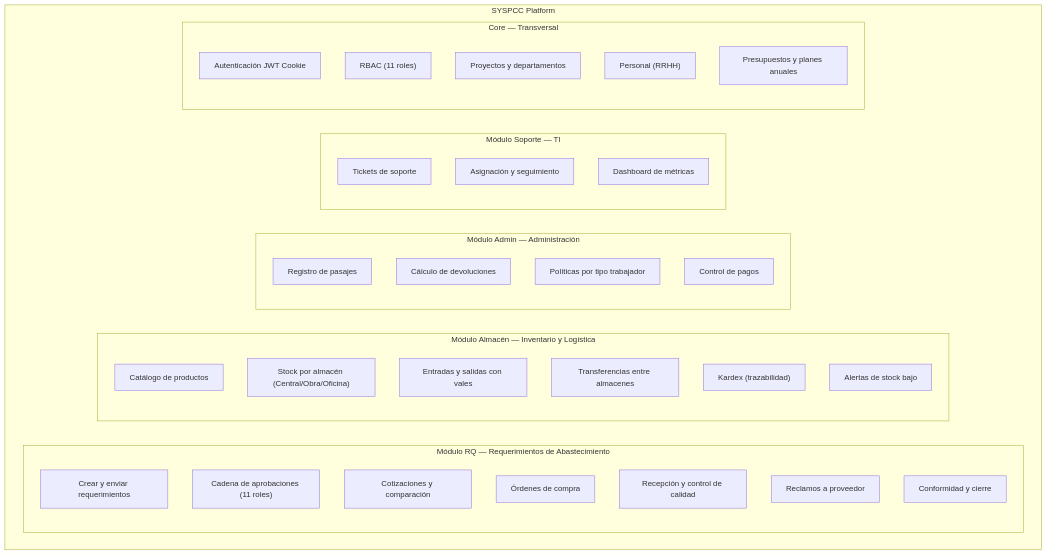
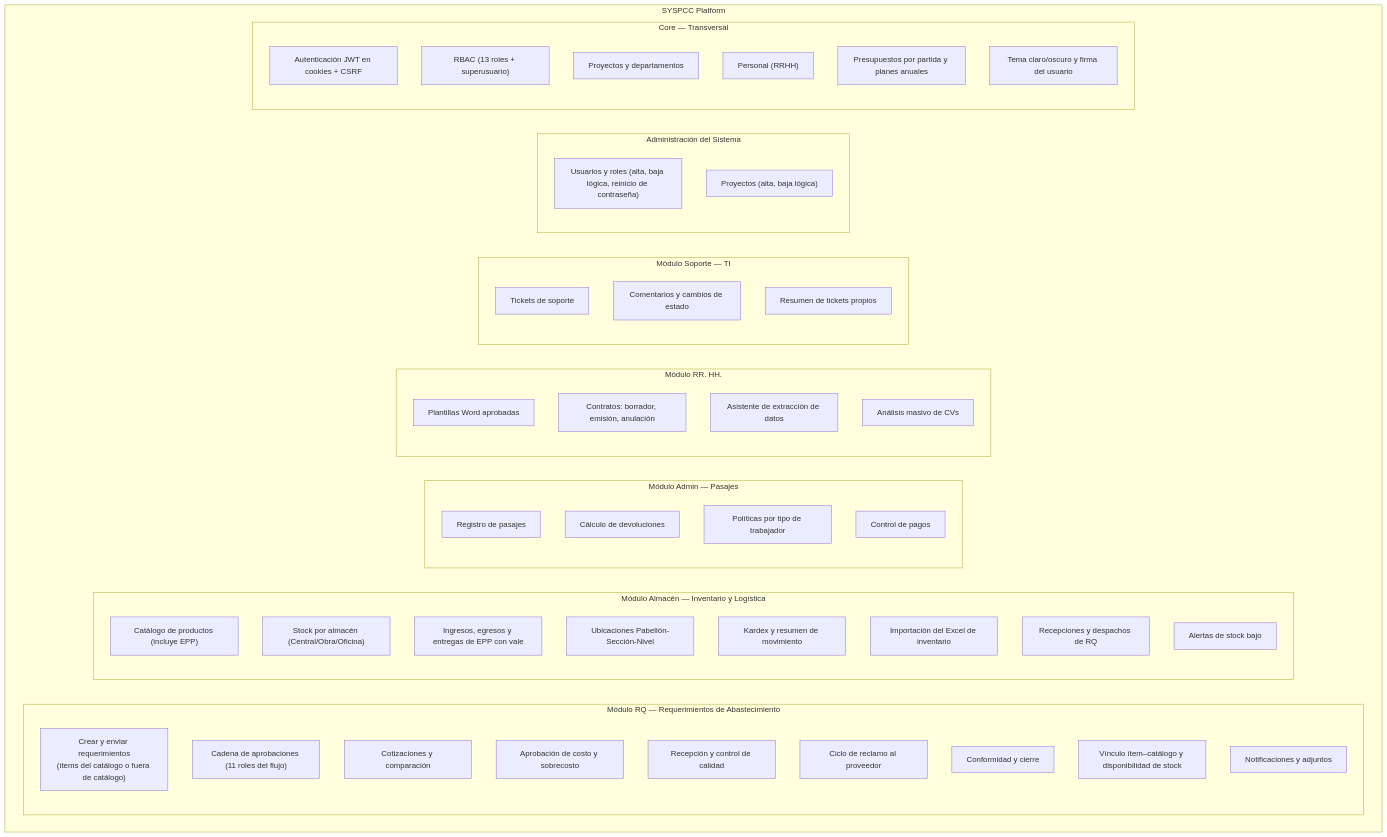
The third of 10 diagrams in docs/02_Arquitectura_Alto_Nivel.md (pccpegit/SYSPCCLOG), drawn with Mermaid before and after one commit. The commit also changed other lines of this file and 42 other files, not shown here.

````diff
--- a/docs/02_Arquitectura_Alto_Nivel.md
+++ b/docs/02_Arquitectura_Alto_Nivel.md
@@ -138,44 +159,61 @@
 ```mermaid
 graph TB
     subgraph "SYSPCC Platform"
         subgraph "Módulo RQ — Requerimientos de Abastecimiento"
-            RQ1["Crear y enviar requerimientos"]
-            RQ2["Cadena de aprobaciones (11 roles)"]
+            RQ1["Crear y enviar requerimientos<br/>(ítems del catálogo o fuera de catálogo)"]
+            RQ2["Cadena de aprobaciones (11 roles del flujo)"]
             RQ3["Cotizaciones y comparación"]
-            RQ4["Órdenes de compra"]
+            RQ4["Aprobación de costo y sobrecosto"]
             RQ5["Recepción y control de calidad"]
-            RQ6["Reclamos a proveedor"]
+            RQ6["Ciclo de reclamo al proveedor"]
             RQ7["Conformidad y cierre"]
+            RQ8["Vínculo ítem–catálogo y disponibilidad de stock"]
+            RQ9["Notificaciones y adjuntos"]
         end
 
         subgraph "Módulo Almacén — Inventario y Logística"
-            WH1["Catálogo de productos"]
+            WH1["Catálogo de productos (incluye EPP)"]
             WH2["Stock por almacén (Central/Obra/Oficina)"]
-            WH3["Entradas y salidas con vales"]
-            WH4["Transferencias entre almacenes"]
-            WH5["Kardex (trazabilidad)"]
-            WH6["Alertas de stock bajo"]
+            WH3["Ingresos, egresos y entregas de EPP con vale"]
+            WH4["Ubicaciones Pabellón-Sección-Nivel"]
+            WH5["Kardex y resumen de movimiento"]
+            WH6["Importación del Excel de inventario"]
+            WH7["Recepciones y despachos de RQ"]
+            WH8["Alertas de stock bajo"]
         end
 
-        subgraph "Módulo Admin — Administración"
+        subgraph "Módulo Admin — Pasajes"
             AD1["Registro de pasajes"]
             AD2["Cálculo de devoluciones"]
-            AD3["Políticas por tipo trabajador"]
+            AD3["Políticas por tipo de trabajador"]
             AD4["Control de pagos"]
+        end
+
+        subgraph "Módulo RR. HH."
+            HR1["Plantillas Word aprobadas"]
+            HR2["Contratos: borrador, emisión, anulación"]
+            HR3["Asistente de extracción de datos"]
+            HR4["Análisis masivo de CVs"]
         end
 
         subgraph "Módulo Soporte — TI"
             SP1["Tickets de soporte"]
-            SP2["Asignación y seguimiento"]
-            SP3["Dashboard de métricas"]
+            SP2["Comentarios y cambios de estado"]
+            SP3["Resumen de tickets propios"]
+        end
+
+        subgraph "Administración del Sistema"
+            SY1["Usuarios y roles (alta, baja lógica, reinicio de contraseña)"]
+            SY2["Proyectos (alta, baja lógica)"]
         end
 
         subgraph "Core — Transversal"
-            C1["Autenticación JWT Cookie"]
-            C2["RBAC (11 roles)"]
+            C1["Autenticación JWT en cookies + CSRF"]
+            C2["RBAC (13 roles + superusuario)"]
             C3["Proyectos y departamentos"]
             C4["Personal (RRHH)"]
-            C5["Presupuestos y planes anuales"]
+            C5["Presupuestos por partida y planes anuales"]
+            C6["Tema claro/oscuro y firma del usuario"]
         end
     end
 ```
````
